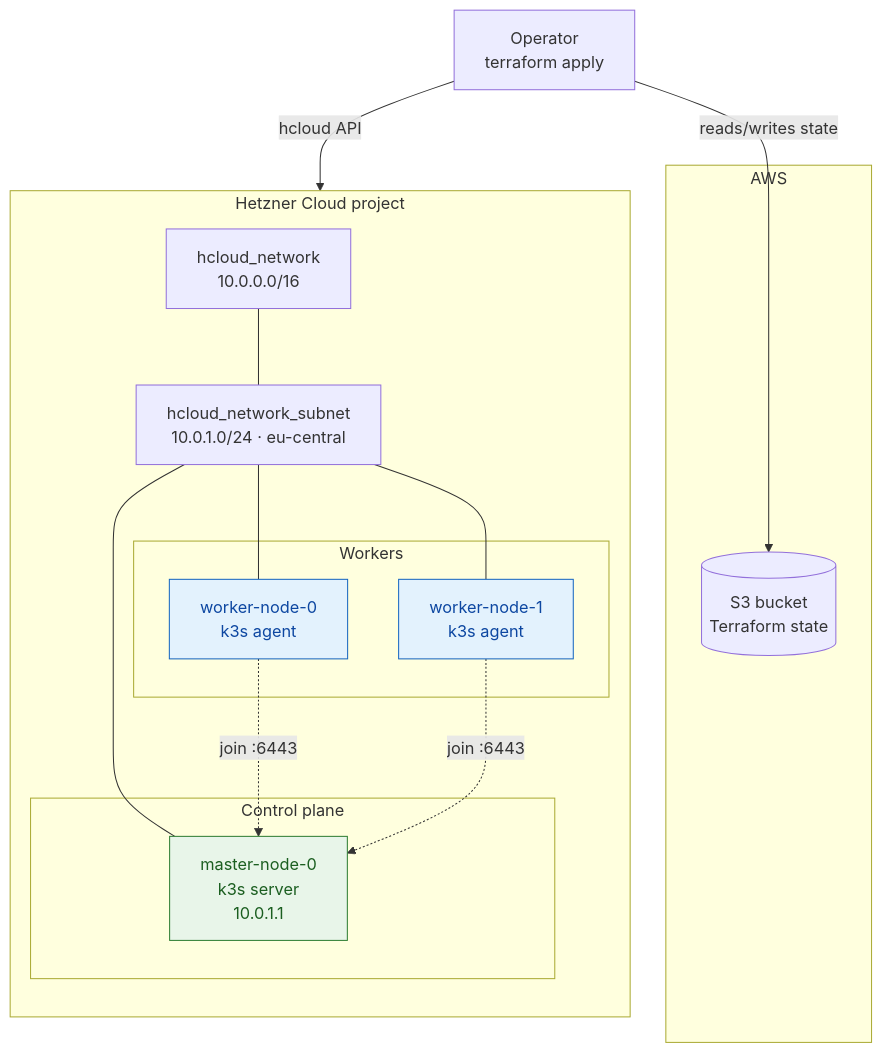
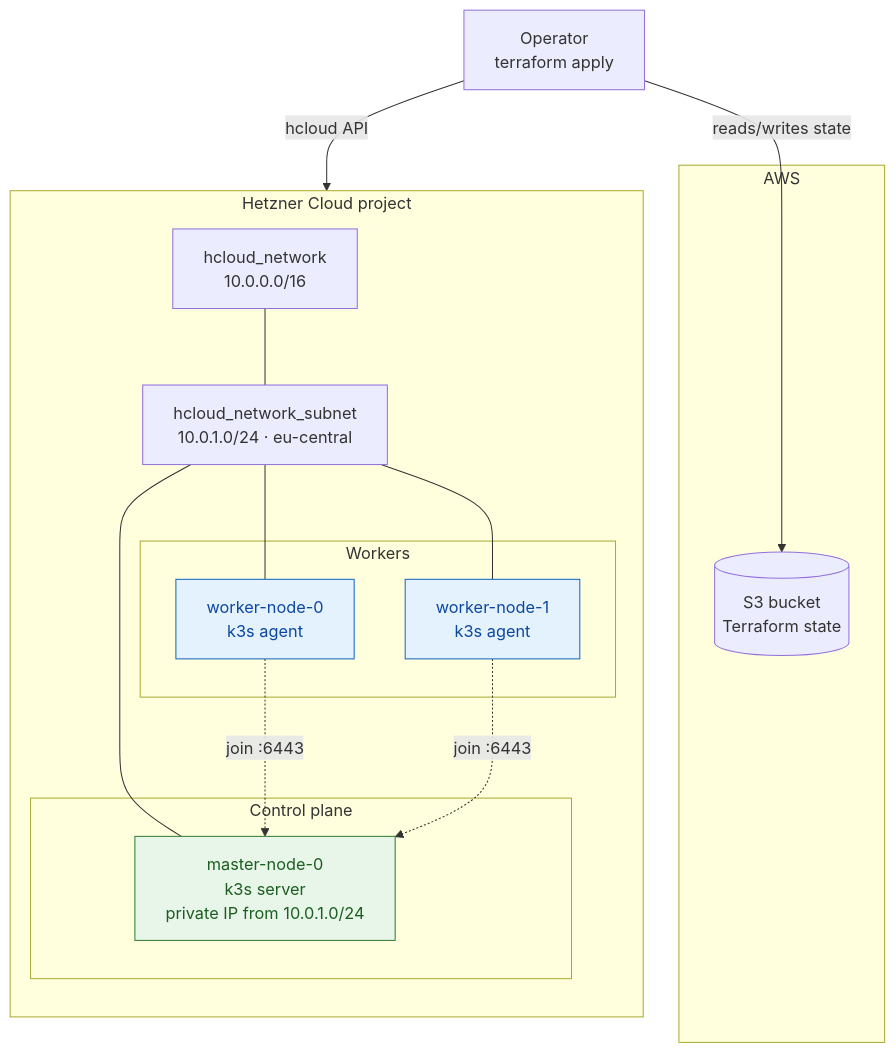
Before and after one commit to pawel150199/hcloud-k8s-cluster: the first of 5 diagrams in docs/02-architecture.md, drawn with Mermaid. The commit also changed other lines of this file and 9 other files, not shown here.

````diff
--- a/docs/02-architecture.md
+++ b/docs/02-architecture.md
@@ -12,36 +12,36 @@
 ```mermaid
 flowchart TB
   subgraph AWS["AWS"]
     S3[("S3 bucket<br/>Terraform state")]
   end
 
   Dev["Operator<br/>terraform apply"] -->|reads/writes state| S3
   Dev -->|hcloud API| HET
 
   subgraph HET["Hetzner Cloud project"]
     direction TB
     NET["hcloud_network<br/>10.0.0.0/16"]
     SUB["hcloud_network_subnet<br/>10.0.1.0/24 · eu-central"]
     NET --- SUB
 
     subgraph CP["Control plane"]
-      M0["master-node-0<br/>k3s server<br/>10.0.1.1"]
+      M0["master-node-0<br/>k3s server<br/>private IP from 10.0.1.0/24"]
     end
 
     subgraph WK["Workers"]
       W0["worker-node-0<br/>k3s agent"]
       W1["worker-node-1<br/>k3s agent"]
     end
 
     SUB --- M0
     SUB --- W0
     SUB --- W1
     W0 -.join :6443.-> M0
     W1 -.join :6443.-> M0
   end
 
   classDef master fill:#e8f5e9,stroke:#2e7d32,color:#1b5e20;
   classDef worker fill:#e3f2fd,stroke:#1565c0,color:#0d47a1;
   class M0 master;
   class W0,W1 worker;
 ```
````
